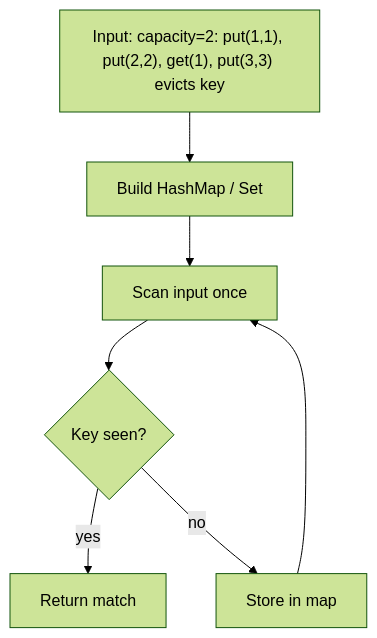
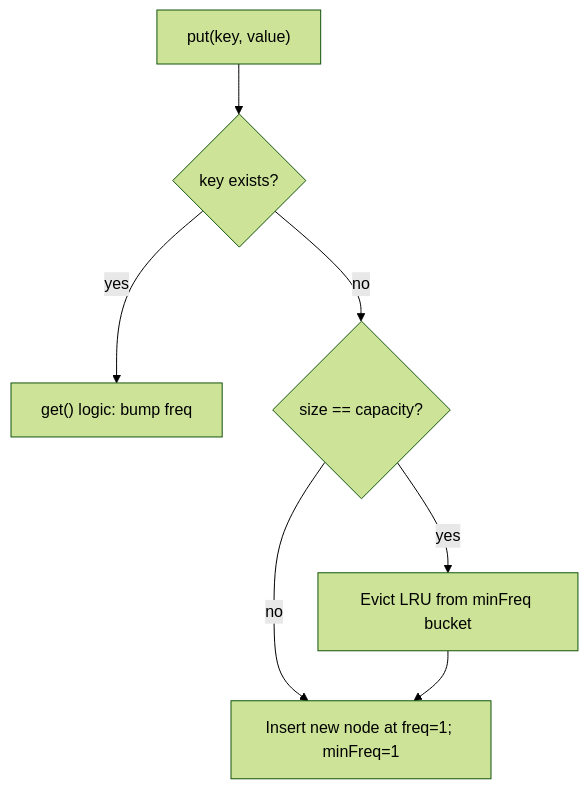
One commit to Strangedip/PREP changed the diagram in 02_DSA/05_Linked_Lists/LFUCache/LFUCache.md. Above: the diagram before and after it, drawn with Mermaid (forest theme). The commit also changed other lines of this file and 55 other files, not shown here.

````diff
--- a/02_DSA/05_Linked_Lists/LFUCache/LFUCache.md
+++ b/02_DSA/05_Linked_Lists/LFUCache/LFUCache.md
@@ -111,10 +120,10 @@
 ```mermaid
 flowchart TD
-    START["Input: capacity=2: put(1,1), put(2,2), get(1), put(3,3) evicts key "]
-    START --> BUILD["Build HashMap / Set"]
-    BUILD --> SCAN["Scan input once"]
-    SCAN --> LOOKUP{"Key seen?"}
-    LOOKUP -->|yes| FOUND["Return match"]
-    LOOKUP -->|no| STORE["Store in map"]
-    STORE --> SCAN
+    PUT["put(key, value)"]
+    PUT --> EXISTS{"key exists?"}
+    EXISTS -->|yes| BUMP["get() logic: bump freq"]
+    EXISTS -->|no| FULL{"size == capacity?"}
+    FULL -->|yes| EVICT["Evict LRU from minFreq bucket"]
+    FULL -->|no| INSERT
+    EVICT --> INSERT["Insert new node at freq=1; minFreq=1"]
 ```
````
